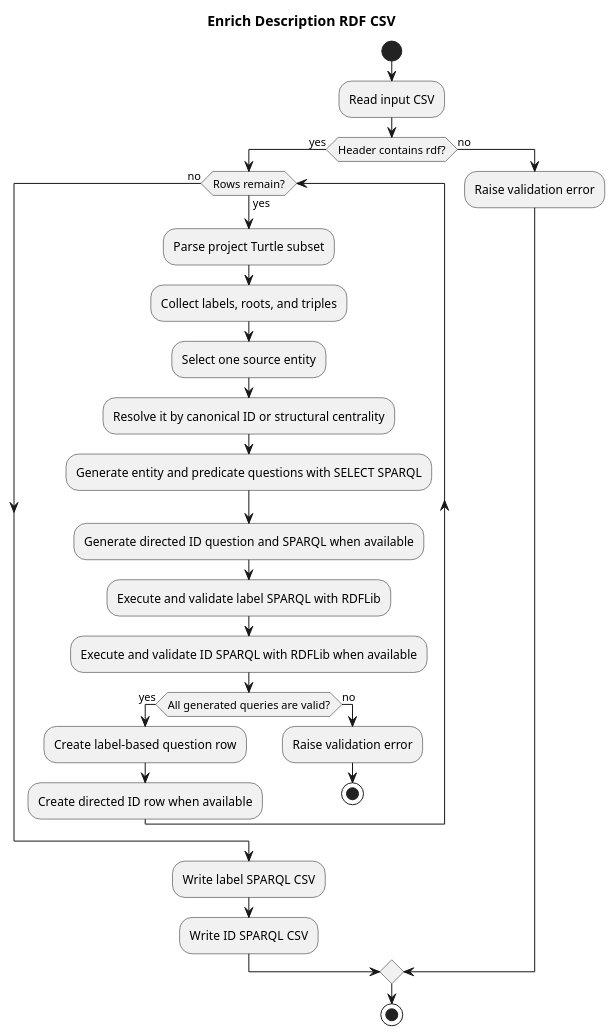
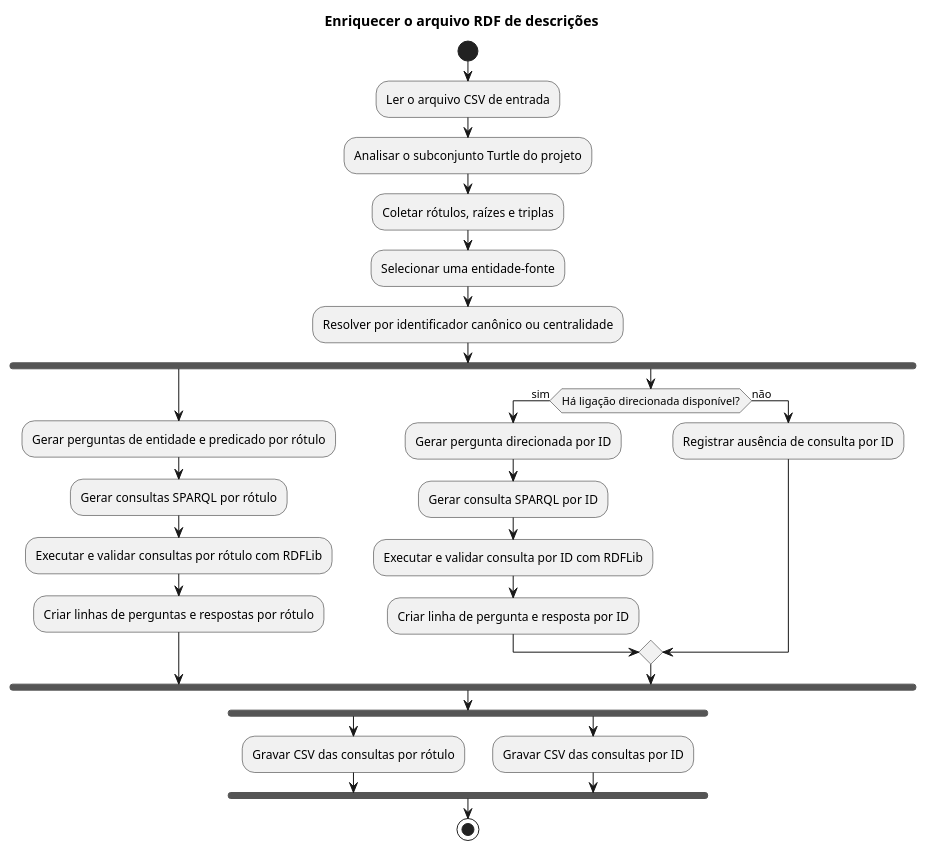
One commit to giovannabbottino/kg-dataset changed the diagram in enrich/docs/enrich_flow.puml. Above: the diagram before and after it, drawn with PlantUML. The commit also changed 3 other files, not shown here.

Commit message:
add exploratory analysis and update flow diagrams

```diff
--- a/enrich/docs/enrich_flow.puml
+++ b/enrich/docs/enrich_flow.puml
@@ -1,33 +1,34 @@
 @startuml
-title Enrich Description RDF CSV
+title Enriquecer o arquivo RDF de descrições
 
 start
-:Read input CSV;
+:Ler o arquivo CSV de entrada;
+:Analisar o subconjunto Turtle do projeto;
+:Coletar rótulos, raízes e triplas;
+:Selecionar uma entidade-fonte;
+:Resolver por identificador canônico ou centralidade;
 
-if (Header contains rdf?) then (yes)
-  while (Rows remain?) is (yes)
-    :Parse project Turtle subset;
-    :Collect labels, roots, and triples;
-    :Select one source entity;
-    :Resolve it by canonical ID or structural centrality;
-    :Generate entity and predicate questions with SELECT SPARQL;
-    :Generate directed ID question and SPARQL when available;
-    :Execute and validate label SPARQL with RDFLib;
-    :Execute and validate ID SPARQL with RDFLib when available;
-    if (All generated queries are valid?) then (yes)
-      :Create label-based question row;
-      :Create directed ID row when available;
-    else (no)
-      :Raise validation error;
-      stop
-    endif
-  endwhile (no)
+fork
+  :Gerar perguntas de entidade e predicado por rótulo;
+  :Gerar consultas SPARQL por rótulo;
+  :Executar e validar consultas por rótulo com RDFLib;
+  :Criar linhas de perguntas e respostas por rótulo;
+fork again
+  if (Há ligação direcionada disponível?) then (sim)
+    :Gerar pergunta direcionada por ID;
+    :Gerar consulta SPARQL por ID;
+    :Executar e validar consulta por ID com RDFLib;
+    :Criar linha de pergunta e resposta por ID;
+  else (não)
+    :Registrar ausência de consulta por ID;
+  endif
+end fork
 
-  :Write label SPARQL CSV;
-  :Write ID SPARQL CSV;
-else (no)
-  :Raise validation error;
-endif
+fork
+  :Gravar CSV das consultas por rótulo;
+fork again
+  :Gravar CSV das consultas por ID;
+end fork
 
 stop
 @enduml
```
